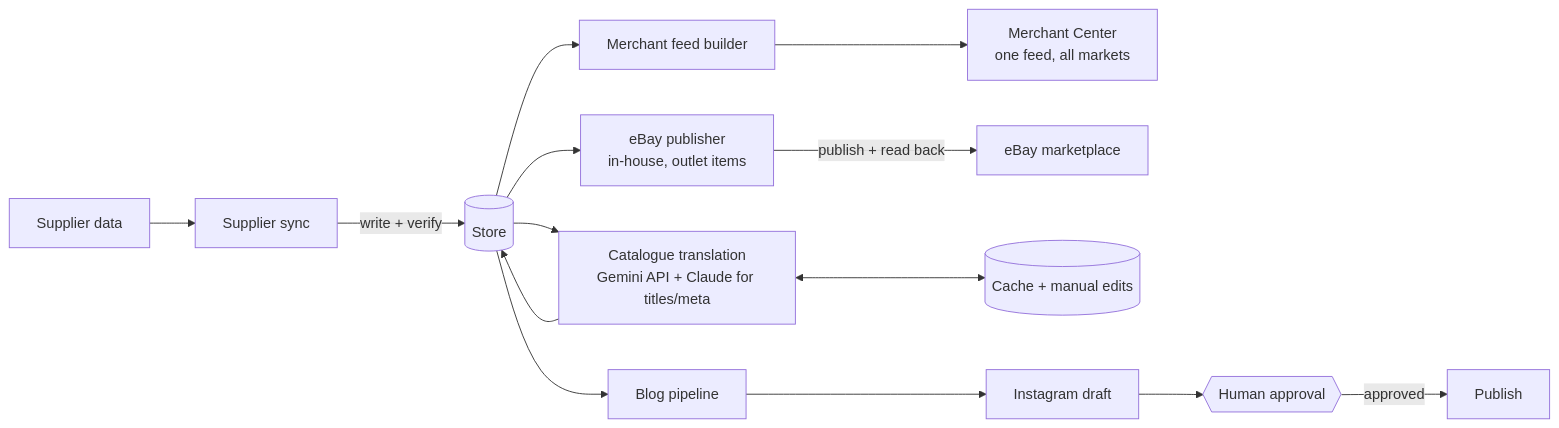
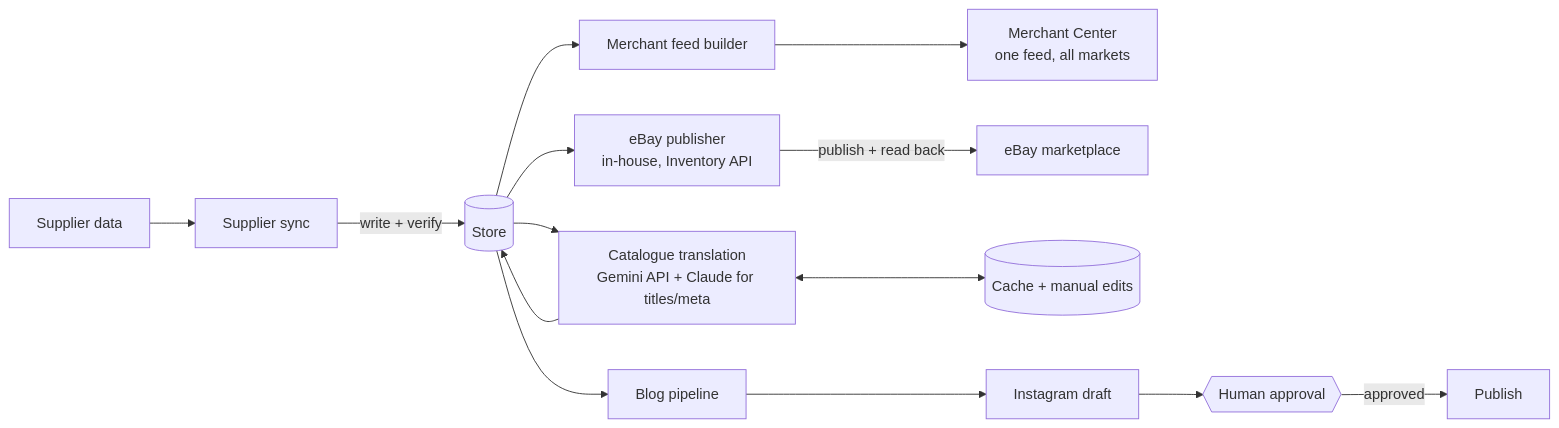
Before and after one commit to drostark/ai-ecommerce-pipelines: the diagram in README.md, drawn with Mermaid. The commit also changed other lines of this file and 2 other files, not shown here.

First line of the commit message:
Present Gemini and eBay as workflow components, drop production status

````diff
--- a/README.md
+++ b/README.md
@@ -15,16 +15,16 @@
 ```mermaid
 flowchart LR
     S[Supplier data] --> SYNC[Supplier sync]
     SYNC -->|write + verify| SHOP[(Store)]
     SHOP --> FEED[Merchant feed builder]
     FEED --> MC[Merchant Center<br/>one feed, all markets]
-    SHOP --> EBAY[eBay publisher<br/>in-house, outlet items]
+    SHOP --> EBAY[eBay publisher<br/>in-house, Inventory API]
     EBAY -->|publish + read back| EB[eBay marketplace]
     SHOP --> TR[Catalogue translation<br/>Gemini API + Claude for titles/meta]
     TR <--> CACHE[(Cache + manual edits)]
     TR --> SHOP
     SHOP --> BLOG[Blog pipeline]
     BLOG --> IG[Instagram draft]
     IG --> GATE{{Human approval}}
     GATE -->|approved| PUB[Publish]
 ```
````
